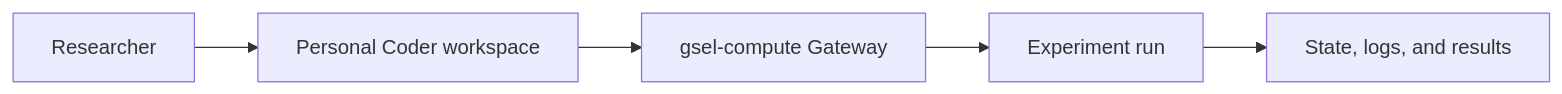
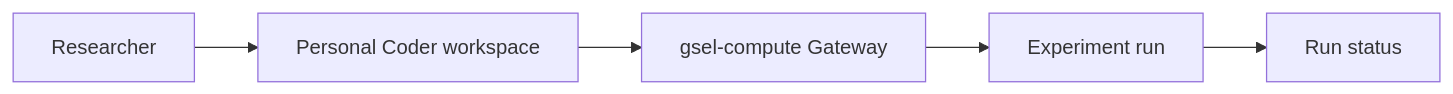
Before and after one commit to CBNU-GSEL/handbook: the diagram in docs/reference/system-overview.md, drawn with Mermaid. The commit also changed 6 other files, not shown here.

````diff
--- a/docs/reference/system-overview.md
+++ b/docs/reference/system-overview.md
@@ -7,7 +7,7 @@
 ```mermaid
 graph LR
   Researcher --> Coder["Personal Coder workspace"]
   Coder --> Gateway["gsel-compute Gateway"]
   Gateway --> Run["Experiment run"]
-  Run --> Results["State, logs, and results"]
+  Run --> Status["Run status"]
 ```
````
